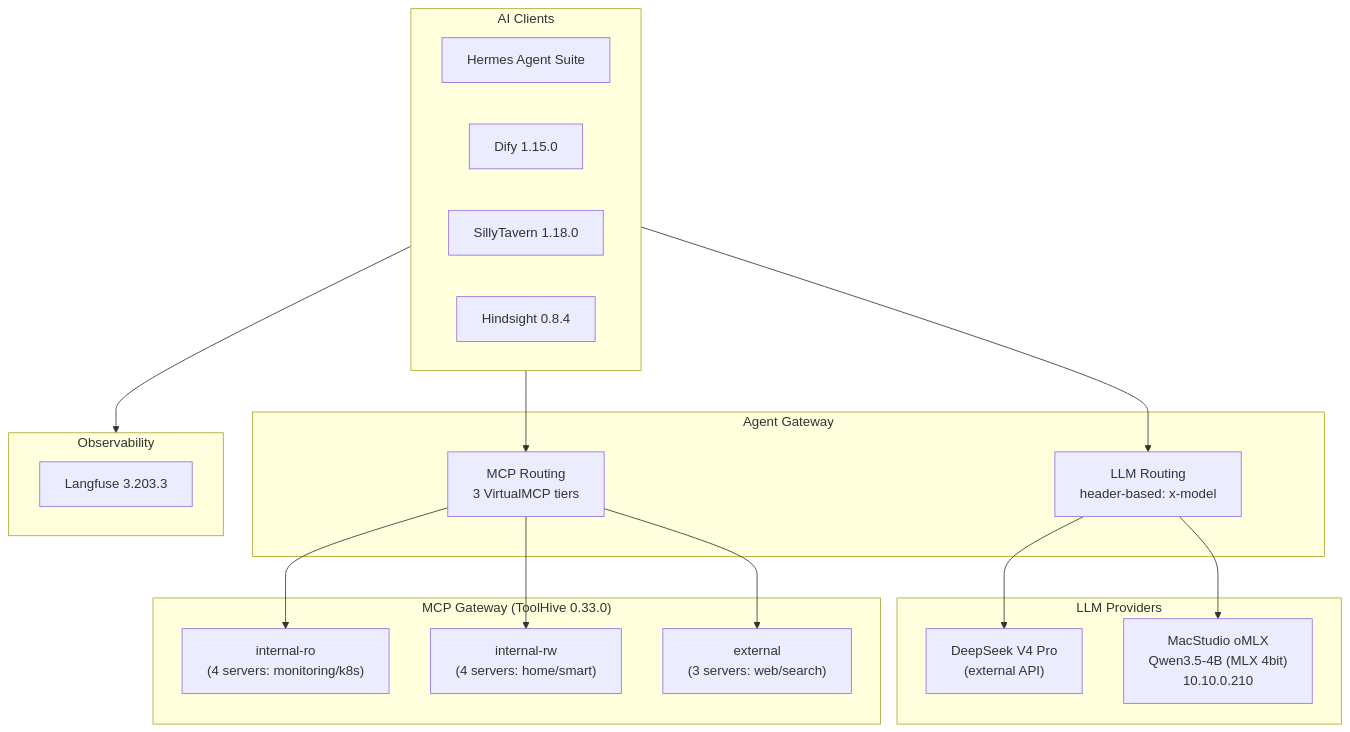
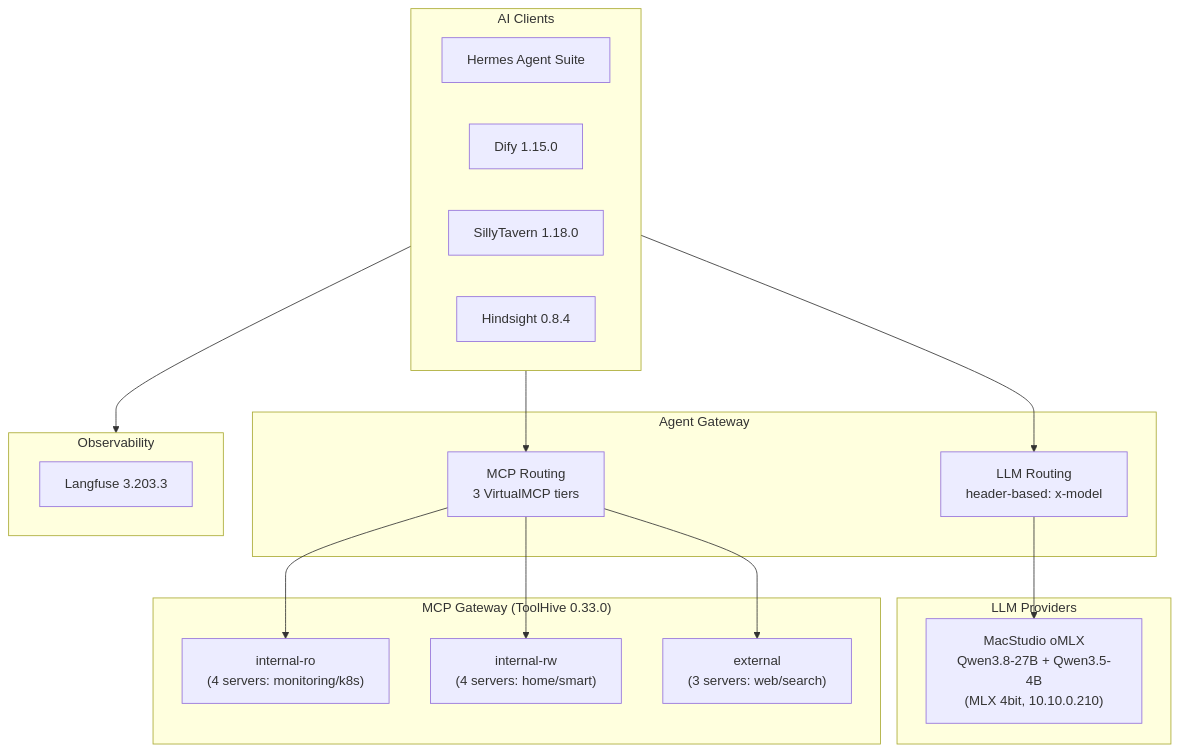
The diagram in docs/application/ai.md (soulwhisper/homelab-ops), drawn with Mermaid before and after one commit. The commit also changed other lines of this file and 3 other files, not shown here.

First line of the commit message:
feat(agentgateway): complex backend -> local Qwen3.8-27B, all lanes now local

````diff
--- a/docs/application/ai.md
+++ b/docs/application/ai.md
@@ -8,38 +8,36 @@
 ```mermaid
 flowchart TB
     subgraph Clients["AI Clients"]
         Hermes["Hermes Agent Suite"]
         Dify["Dify 1.15.0"]
         ST["SillyTavern 1.18.0"]
         HS["Hindsight 0.8.4"]
     end
 
     subgraph Gateway["Agent Gateway"]
         AG-LLM["LLM Routing<br/>header-based: x-model"]
         AG-MCP["MCP Routing<br/>3 VirtualMCP tiers"]
     end
 
     subgraph LLM["LLM Providers"]
-        DS-Complex["DeepSeek V4 Pro<br/>(external API)"]
-        Studio["MacStudio oMLX<br/>Qwen3.5-4B (MLX 4bit)<br/>10.10.0.210"]
+        Studio["MacStudio oMLX<br/>Qwen3.8-27B + Qwen3.5-4B<br/>(MLX 4bit, 10.10.0.210)"]
     end
 
     subgraph MCP["MCP Gateway (ToolHive 0.33.0)"]
         VMCP-RO["internal-ro<br/>(4 servers: monitoring/k8s)"]
         VMCP-RW["internal-rw<br/>(4 servers: home/smart)"]
         VMCP-EXT["external<br/>(3 servers: web/search)"]
     end
 
     subgraph Obs["Observability"]
         Langfuse["Langfuse 3.203.3"]
     end
 
     Clients --> AG-LLM
     Clients --> AG-MCP
-    AG-LLM --> DS-Complex
     AG-LLM --> Studio
     AG-MCP --> VMCP-RO
     AG-MCP --> VMCP-RW
     AG-MCP --> VMCP-EXT
     Clients --> Obs
 ```
````
